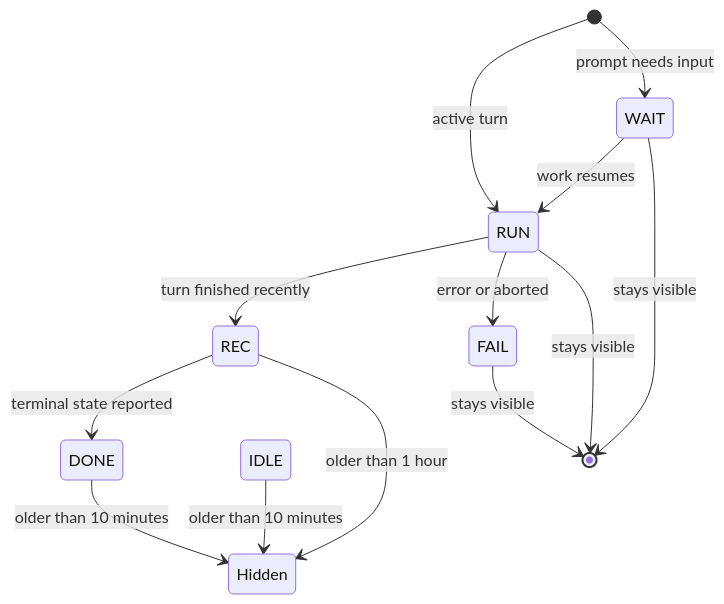
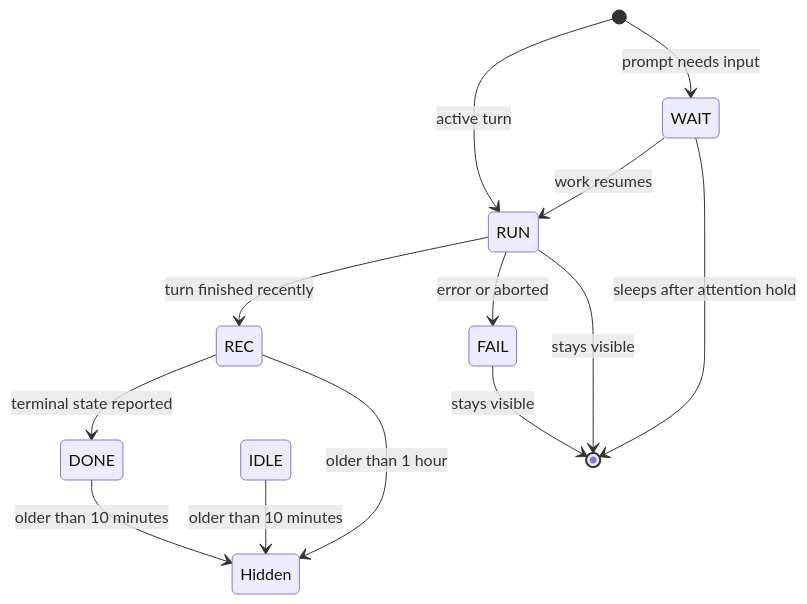
Before and after one commit to sheepxux/Taskhub-for-StickS3: the first of 2 diagrams in README.md, drawn with Mermaid. The commit also changed other lines of this file and 6 other files, not shown here.

````diff
--- a/README.md
+++ b/README.md
@@ -160,15 +160,15 @@
 ```mermaid
 stateDiagram-v2
   [*] --> RUN: active turn
   [*] --> WAIT: prompt needs input
   RUN --> REC: turn finished recently
   WAIT --> RUN: work resumes
   RUN --> FAIL: error or aborted
   REC --> DONE: terminal state reported
   DONE --> Hidden: older than 10 minutes
   IDLE --> Hidden: older than 10 minutes
   REC --> Hidden: older than 1 hour
   FAIL --> [*]: stays visible
-  WAIT --> [*]: stays visible
+  WAIT --> [*]: sleeps after attention hold
   RUN --> [*]: stays visible
 ```
````
